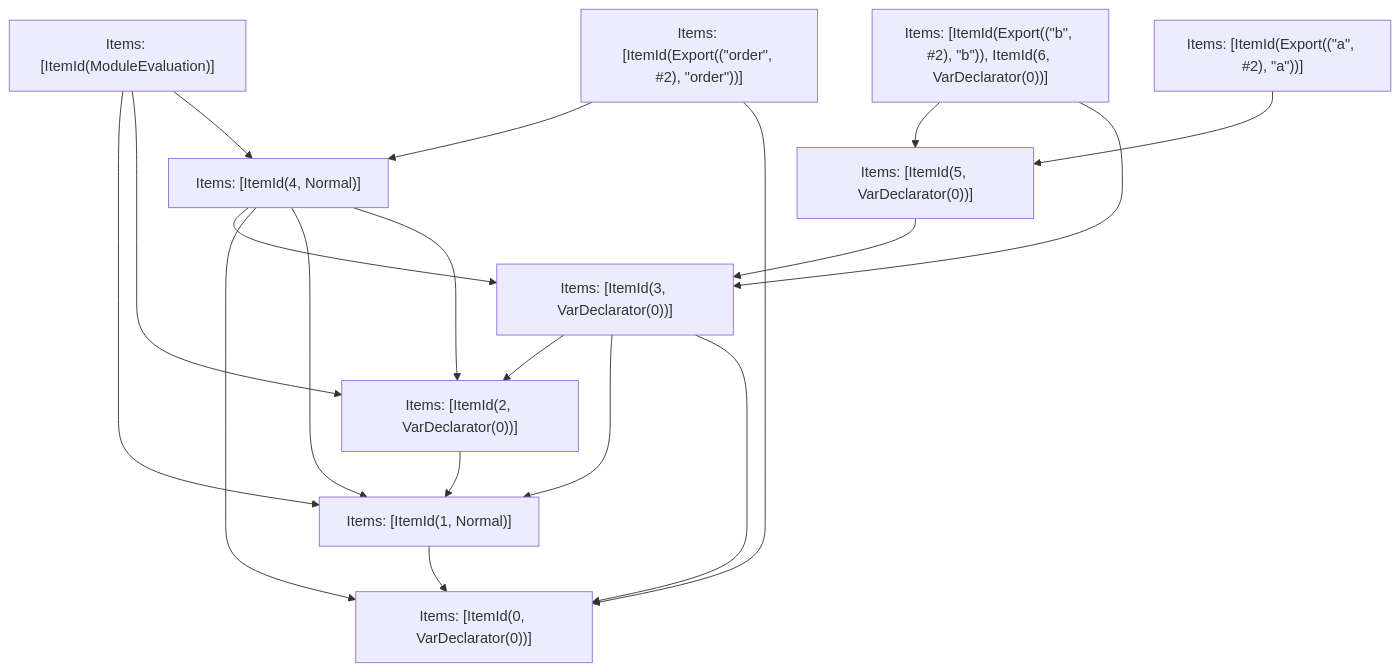
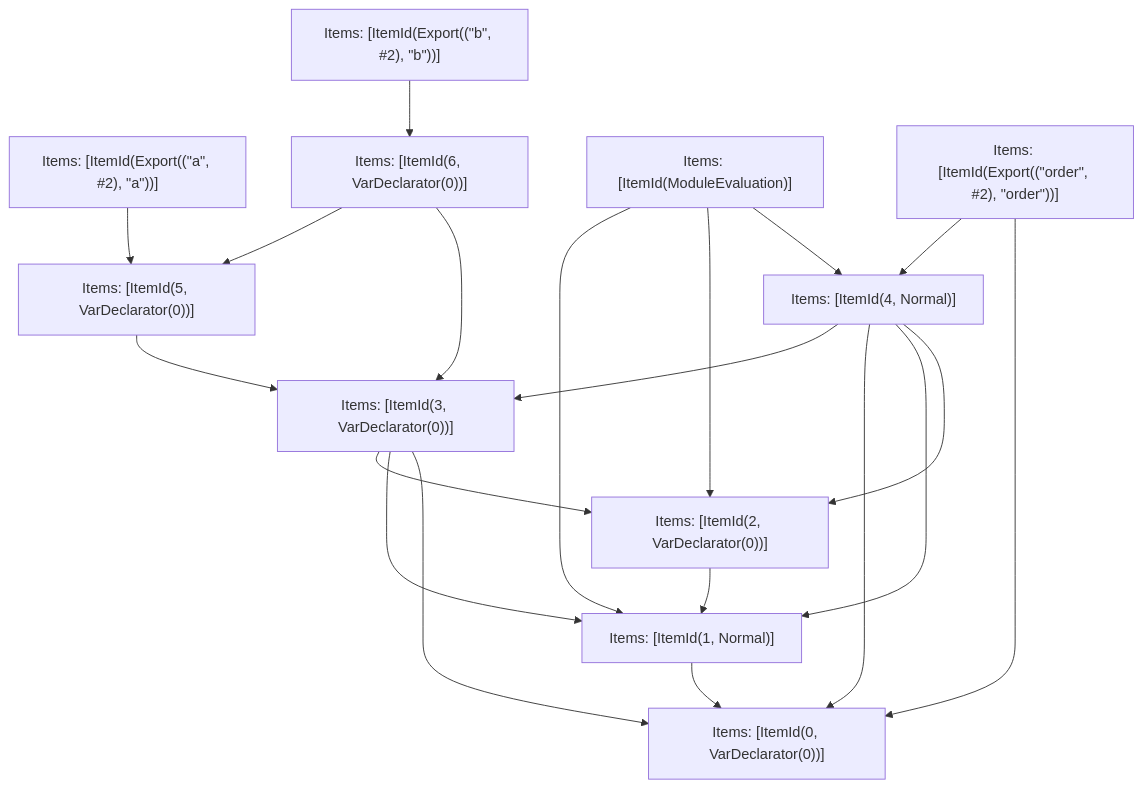
The fifth of 5 diagrams in crates/turbopack-ecmascript/tests/tree-shaker/analyzer/shared-regression/output.md (vercel/turborepo), drawn with Mermaid before and after one commit. The commit also changed other lines of this file and 72 other files, not shown here.

````diff
--- a/crates/turbopack-ecmascript/tests/tree-shaker/analyzer/shared-regression/output.md
+++ b/crates/turbopack-ecmascript/tests/tree-shaker/analyzer/shared-regression/output.md
@@ -218,31 +218,33 @@
 ```mermaid
 graph TD
-    N0["Items: [ItemId(ModuleEvaluation)]"];
-    N1["Items: [ItemId(Export((&quot;order&quot;, #2), &quot;order&quot;))]"];
-    N2["Items: [ItemId(Export((&quot;a&quot;, #2), &quot;a&quot;))]"];
-    N3["Items: [ItemId(Export((&quot;b&quot;, #2), &quot;b&quot;)), ItemId(6, VarDeclarator(0))]"];
-    N4["Items: [ItemId(0, VarDeclarator(0))]"];
-    N5["Items: [ItemId(1, Normal)]"];
-    N6["Items: [ItemId(2, VarDeclarator(0))]"];
-    N7["Items: [ItemId(3, VarDeclarator(0))]"];
+    N0["Items: [ItemId(0, VarDeclarator(0))]"];
+    N1["Items: [ItemId(1, Normal)]"];
+    N2["Items: [ItemId(2, VarDeclarator(0))]"];
+    N3["Items: [ItemId(3, VarDeclarator(0))]"];
+    N4["Items: [ItemId(5, VarDeclarator(0))]"];
+    N5["Items: [ItemId(Export((&quot;a&quot;, #2), &quot;a&quot;))]"];
+    N6["Items: [ItemId(6, VarDeclarator(0))]"];
+    N7["Items: [ItemId(Export((&quot;b&quot;, #2), &quot;b&quot;))]"];
     N8["Items: [ItemId(4, Normal)]"];
-    N9["Items: [ItemId(5, VarDeclarator(0))]"];
-    N0 --> N5;
-    N0 --> N6;
-    N0 --> N8;
-    N1 --> N8;
-    N1 --> N4;
-    N2 --> N9;
-    N3 --> N9;
-    N3 --> N7;
+    N9["Items: [ItemId(ModuleEvaluation)]"];
+    N10["Items: [ItemId(Export((&quot;order&quot;, #2), &quot;order&quot;))]"];
+    N1 --> N0;
+    N2 --> N1;
+    N3 --> N2;
+    N3 --> N1;
+    N3 --> N0;
+    N8 --> N3;
+    N8 --> N0;
+    N8 --> N1;
+    N8 --> N2;
+    N4 --> N3;
+    N6 --> N4;
+    N6 --> N3;
+    N10 --> N8;
+    N10 --> N0;
     N5 --> N4;
-    N6 --> N5;
     N7 --> N6;
-    N7 --> N5;
-    N7 --> N4;
-    N8 --> N7;
-    N8 --> N4;
-    N8 --> N5;
-    N8 --> N6;
-    N9 --> N7;
+    N9 --> N1;
+    N9 --> N2;
+    N9 --> N8;
 ```
````
